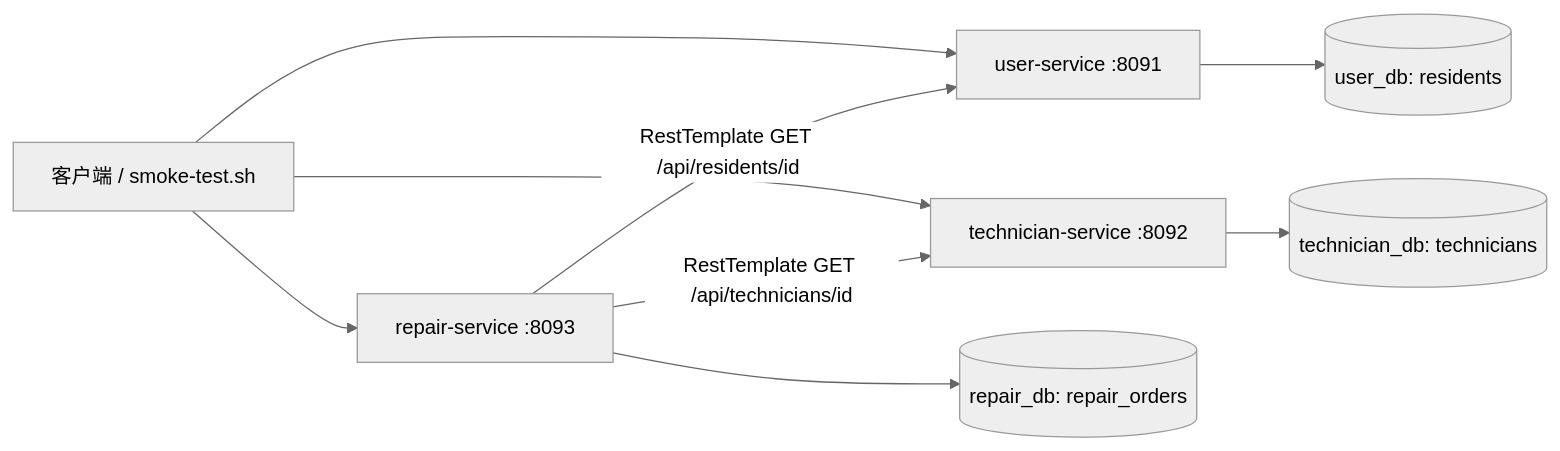
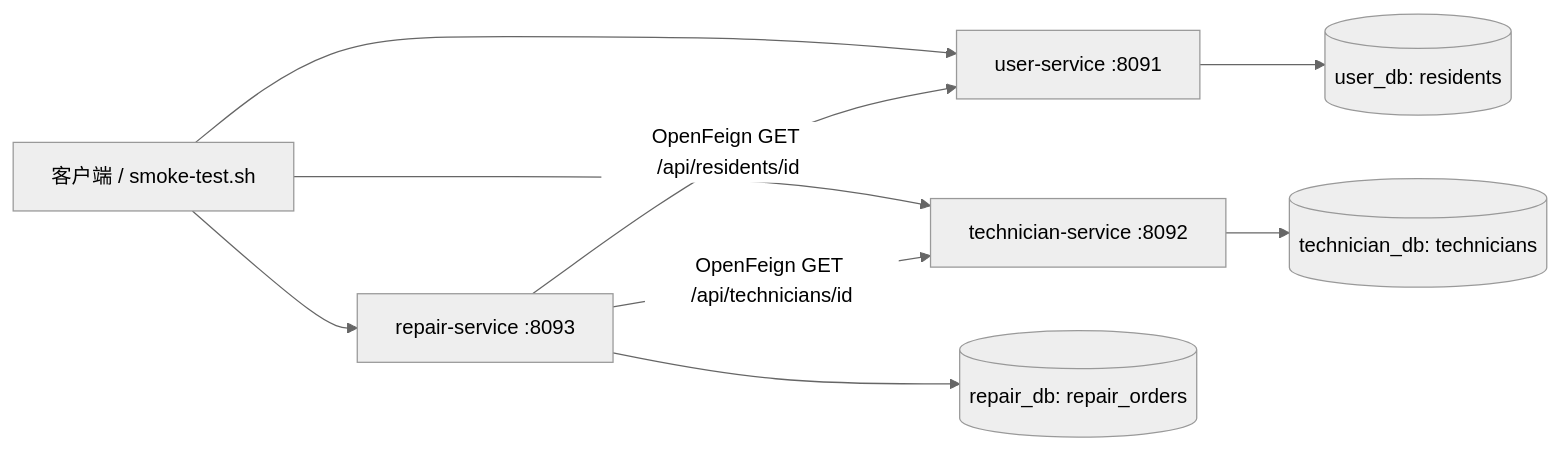
Before and after one commit to shigaharuki17/microservices-practice-2412190707: the first of 2 diagrams in docs/microservices-design.md, drawn with Mermaid (neutral theme). The commit also changed other lines of this file and 54 other files, not shown here.

````diff
--- a/docs/microservices-design.md
+++ b/docs/microservices-design.md
@@ -19,11 +19,11 @@
 ```mermaid
 flowchart LR
     Client[客户端 / smoke-test.sh] --> User[user-service :8091]
     Client --> Tech[technician-service :8092]
     Client --> Repair[repair-service :8093]
-    Repair -->|RestTemplate GET /api/residents/id| User
-    Repair -->|RestTemplate GET /api/technicians/id| Tech
+    Repair -->|OpenFeign GET /api/residents/id| User
+    Repair -->|OpenFeign GET /api/technicians/id| Tech
     User --> UDB[(user_db: residents)]
     Tech --> TDB[(technician_db: technicians)]
     Repair --> RDB[(repair_db: repair_orders)]
 ```
````
